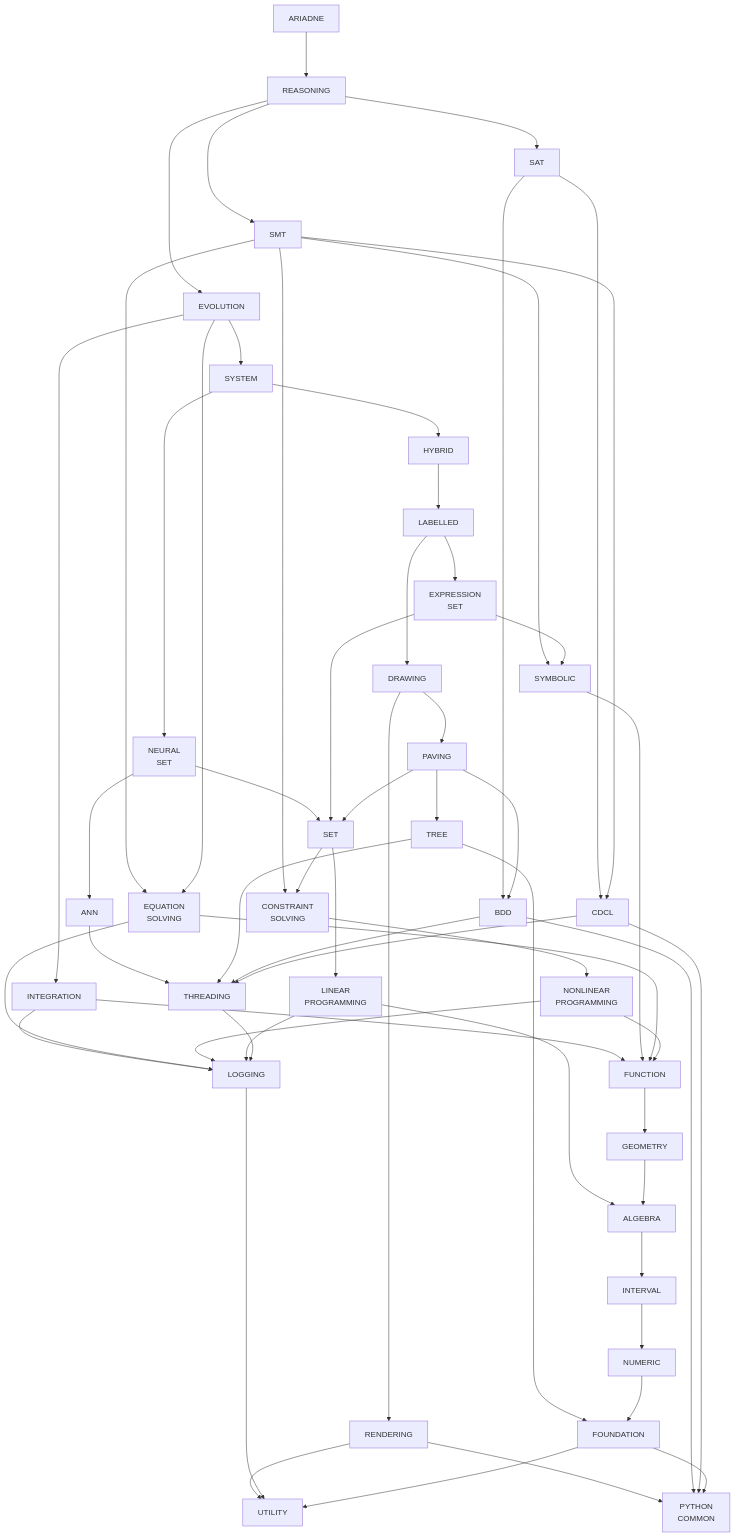
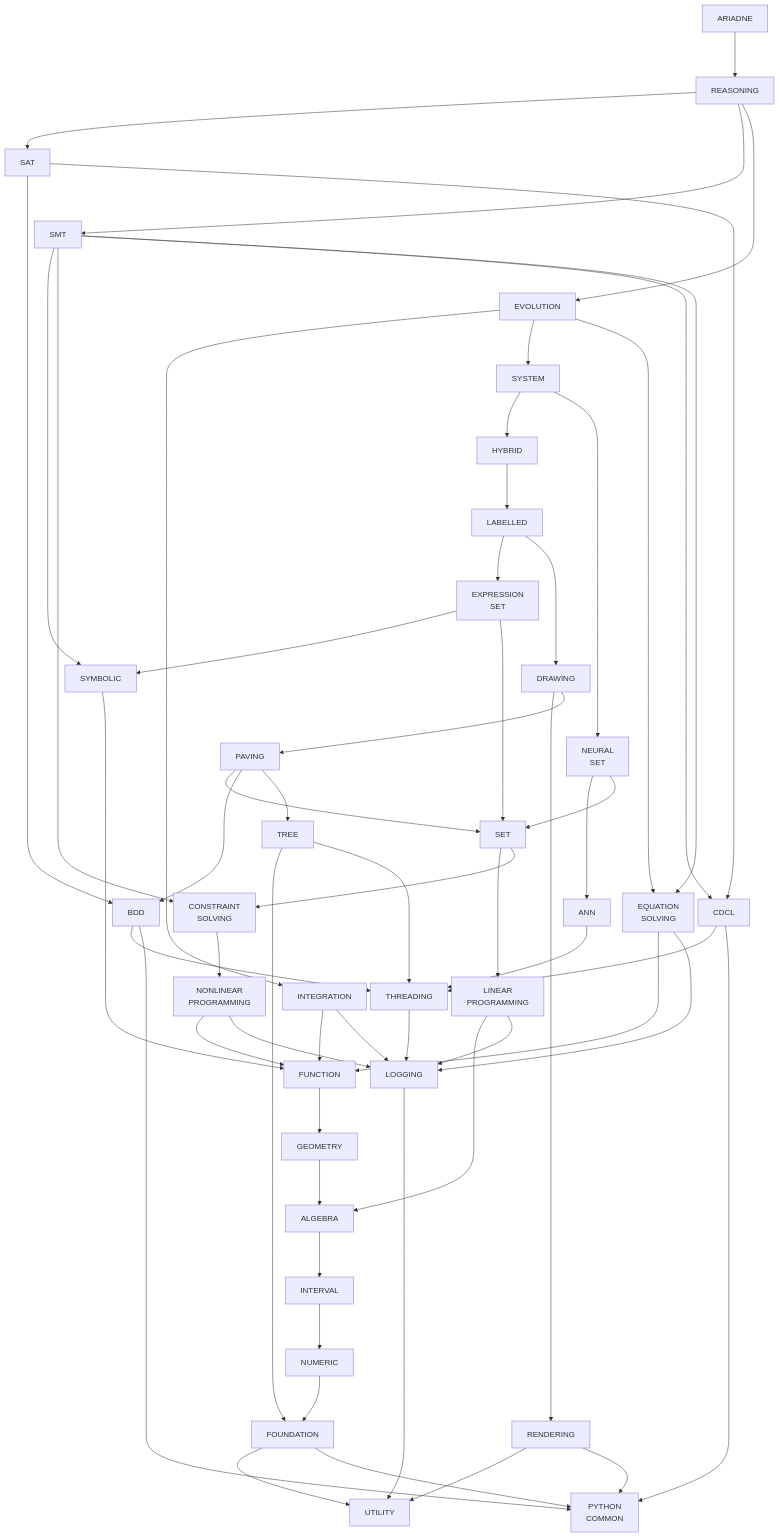
One commit to ariadne-cps/ariadne changed the diagram in doc/structure.md. Above: the diagram before and after it, drawn with Mermaid. The commit also changed other lines of this file, not shown here.

Commit message:
docs: swap SMT outgoing edge declaration order for layout

```diff
--- a/doc/structure.md
+++ b/doc/structure.md
@@ -56,8 +56,8 @@
     sat --> bdd
     sat --> cdcl
     smt --> symbolic
+    smt --> constraint_solving
     smt --> cdcl
-    smt --> constraint_solving
     smt --> equation_solving
 
     neural_set --> ann
```
